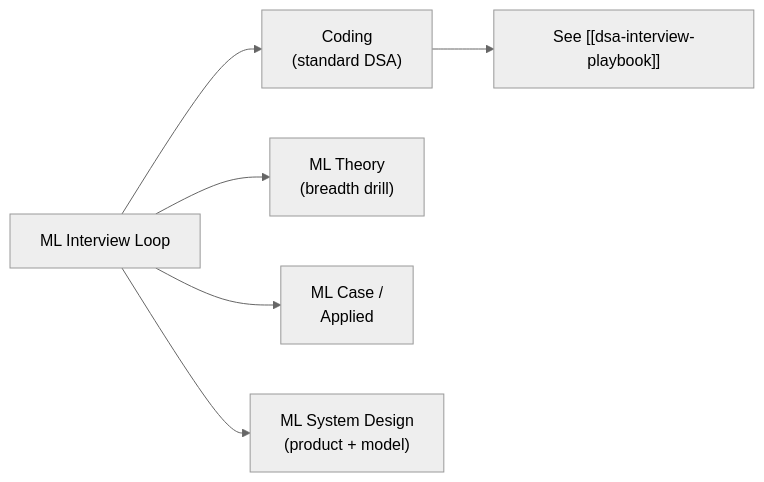
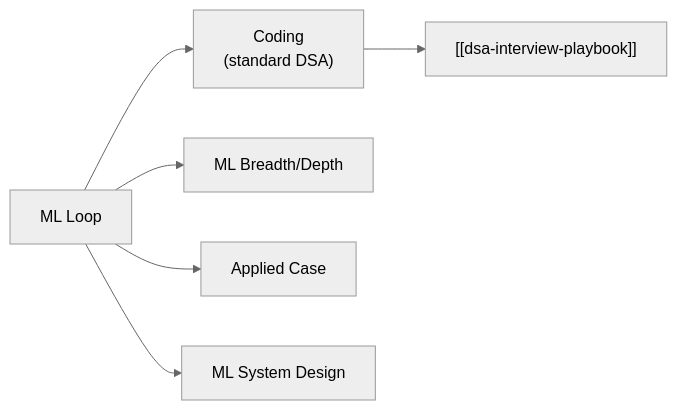
Before and after one commit to Anirudh-2810/Second-Brain: the first of 2 diagrams in wiki/modules/data-science/ml-interview-playbook.md, drawn with Mermaid (neutral theme). The commit also changed other lines of this file and 10 other files, not shown here.

Commit message:
feat: deep-edition batches 2-3 - 10 more pages (MLE roadmap, ML interview, math, python path, kaggle, self-teach, question bank, MOOCs, frameworks, topics)

````diff
--- a/wiki/modules/data-science/ml-interview-playbook.md
+++ b/wiki/modules/data-science/ml-interview-playbook.md
@@ -17,8 +17,8 @@
 ```mermaid
 flowchart LR
-    A["ML Interview Loop"] --> B["Coding<br/>(standard DSA)"]
-    A --> C["ML Theory<br/>(breadth drill)"]
-    A --> D["ML Case /<br/>Applied"]
-    A --> E["ML System Design<br/>(product + model)"]
-    B --> F["See [[dsa-interview-playbook]]"]
+    A["ML Loop"] --> B["Coding<br/>(standard DSA)"]
+    A --> C["ML Breadth/Depth"]
+    A --> D["Applied Case"]
+    A --> E["ML System Design"]
+    B --> F["[[dsa-interview-playbook]]"]
 ```
````
